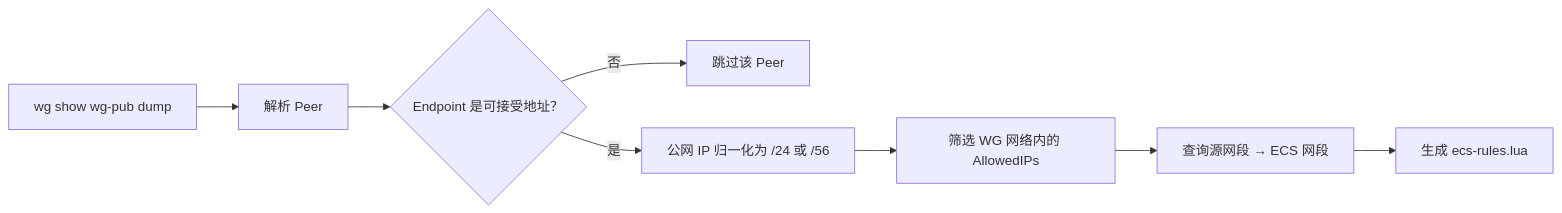
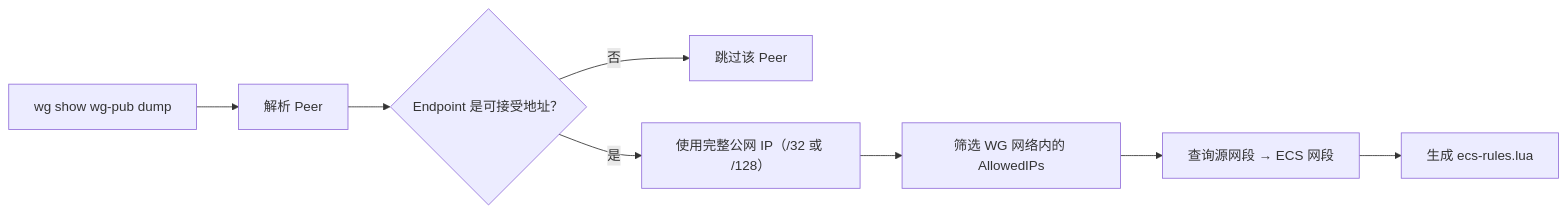
The third of 4 diagrams in ARCH.md (AfxMsgBox/dnsdist), drawn with Mermaid before and after one commit. The commit also changed other lines of this file and 13 other files, not shown here.

````diff
--- a/ARCH.md
+++ b/ARCH.md
@@ -189,10 +189,10 @@
 ```mermaid
 flowchart LR
     Dump["wg show wg-pub dump"] --> Parse["解析 Peer"]
     Parse --> Endpoint{"Endpoint 是可接受地址？"}
     Endpoint -->|否| Skip["跳过该 Peer"]
-    Endpoint -->|是| Prefix["公网 IP 归一化为 /24 或 /56"]
+    Endpoint -->|是| Prefix["使用完整公网 IP（/32 或 /128）"]
     Prefix --> Allowed["筛选 WG 网络内的 AllowedIPs"]
     Allowed --> Mapping["查询源网段 → ECS 网段"]
     Mapping --> Lua["生成 ecs-rules.lua"]
 ```
````
